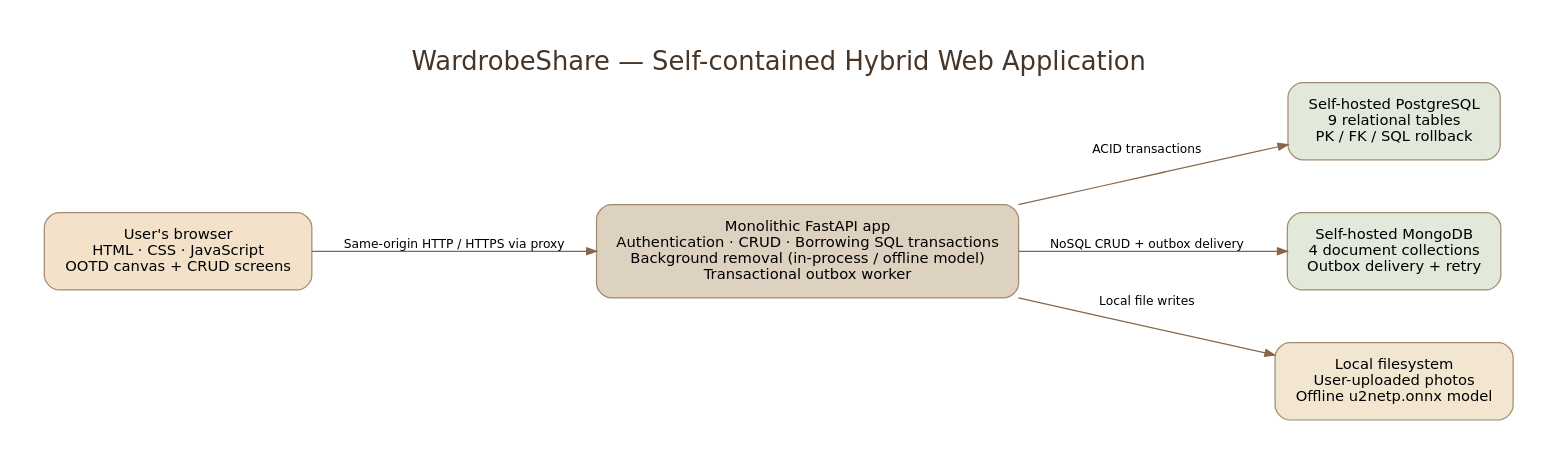
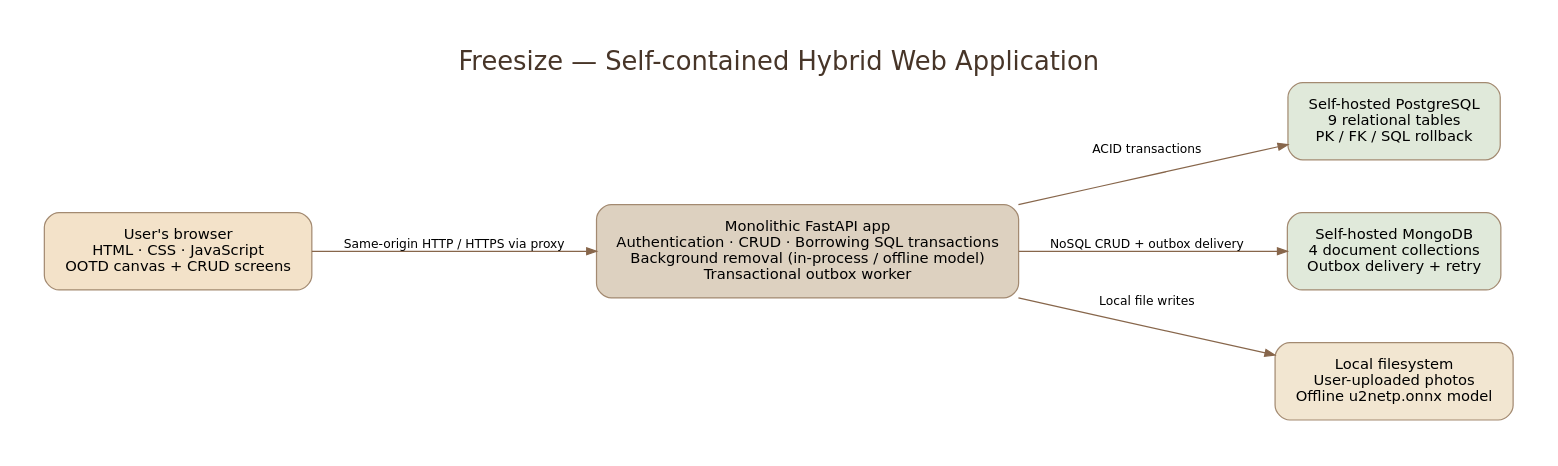
One commit to ratamon2606-create/freesize changed the diagram in docs/diagrams/architecture.dot. Above: the diagram before and after it, drawn with Graphviz. The commit also changed 8 other files, not shown here.

Commit message:
docs: rename diagrams from WardrobeShare to Freesize

```diff
--- a/docs/diagrams/architecture.dot
+++ b/docs/diagrams/architecture.dot
@@ -1,14 +1,14 @@
 digraph Architecture {
-  graph [rankdir=LR, bgcolor="white", pad="0.4", nodesep="0.6", ranksep="0.75", label="WardrobeShare — Self-contained Hybrid Web Application", labelloc=t, fontsize=21, fontname="DejaVu Sans", fontcolor="#473528"];
+  graph [rankdir=LR, bgcolor="white", pad="0.4", nodesep="0.6", ranksep="0.75", label="Freesize — Self-contained Hybrid Web Application", labelloc=t, fontsize=21, fontname="DejaVu Sans", fontcolor="#473528"];
   node [shape=box, style="rounded,filled", fillcolor="#FBF5EC", color="#A38A71", fontname="DejaVu Sans", fontsize=12, margin="0.23,0.16"];
   edge [color="#87664B", fontname="DejaVu Sans", fontsize=10, arrowsize=0.8];
   browser [label="User's browser\nHTML · CSS · JavaScript\nOOTD canvas + CRUD screens", fillcolor="#F3E2C9"];
   web [label="Monolithic FastAPI app\nAuthentication · CRUD · Borrowing SQL transactions\nBackground removal (in-process / offline model)\nTransactional outbox worker", fillcolor="#DDD1C0"];
   pg [label="Self-hosted PostgreSQL\n9 relational tables\nPK / FK / SQL rollback", fillcolor="#E0E9DA"];
   mongo [label="Self-hosted MongoDB\n4 document collections\nOutbox delivery + retry", fillcolor="#E0E9DA"];
   files [label="Local filesystem\nUser-uploaded photos\nOffline u2netp.onnx model",fillcolor="#F2E6D1"];
   browser -> web [label="Same-origin HTTP / HTTPS via proxy"];
   web -> pg [label="ACID transactions"];
   web -> mongo [label="NoSQL CRUD + outbox delivery"];
   web -> files [label="Local file writes"];
 }
```
